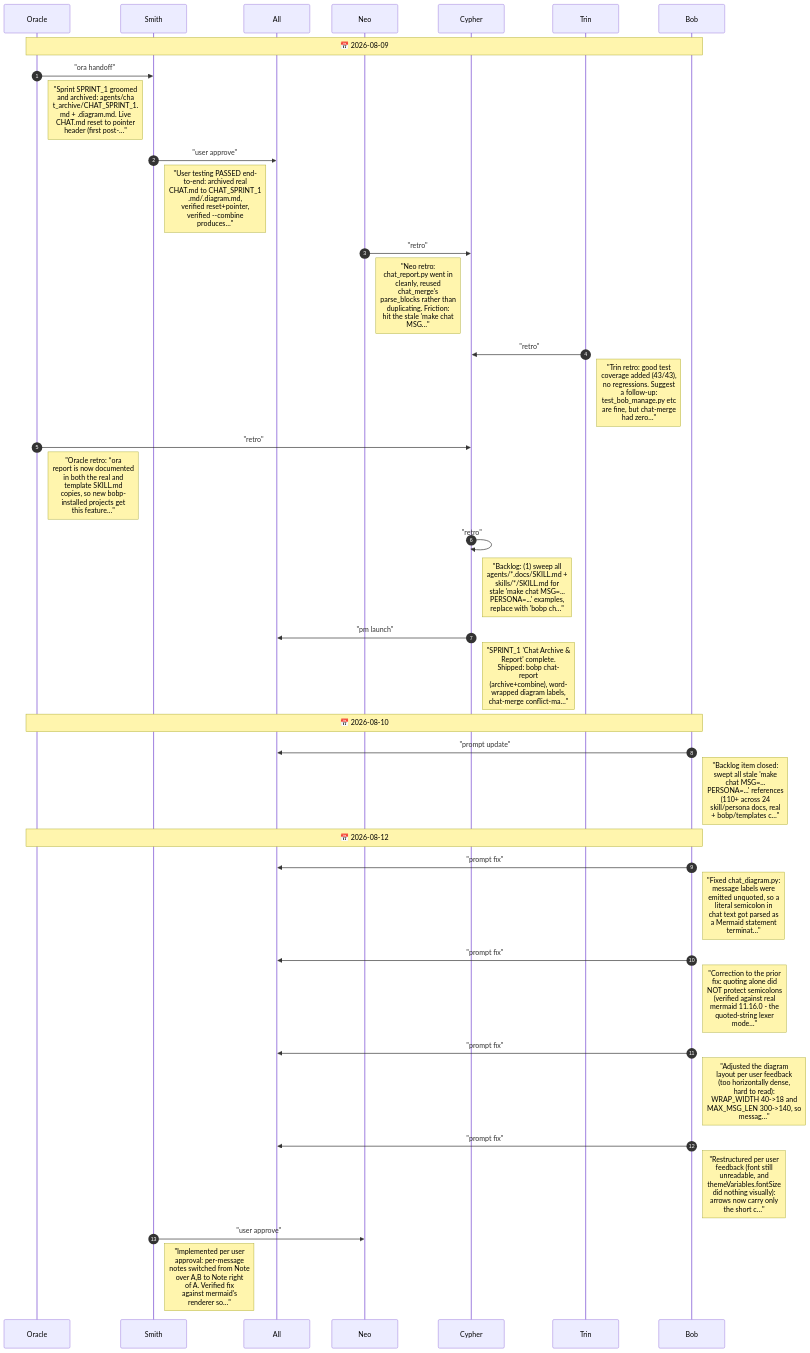
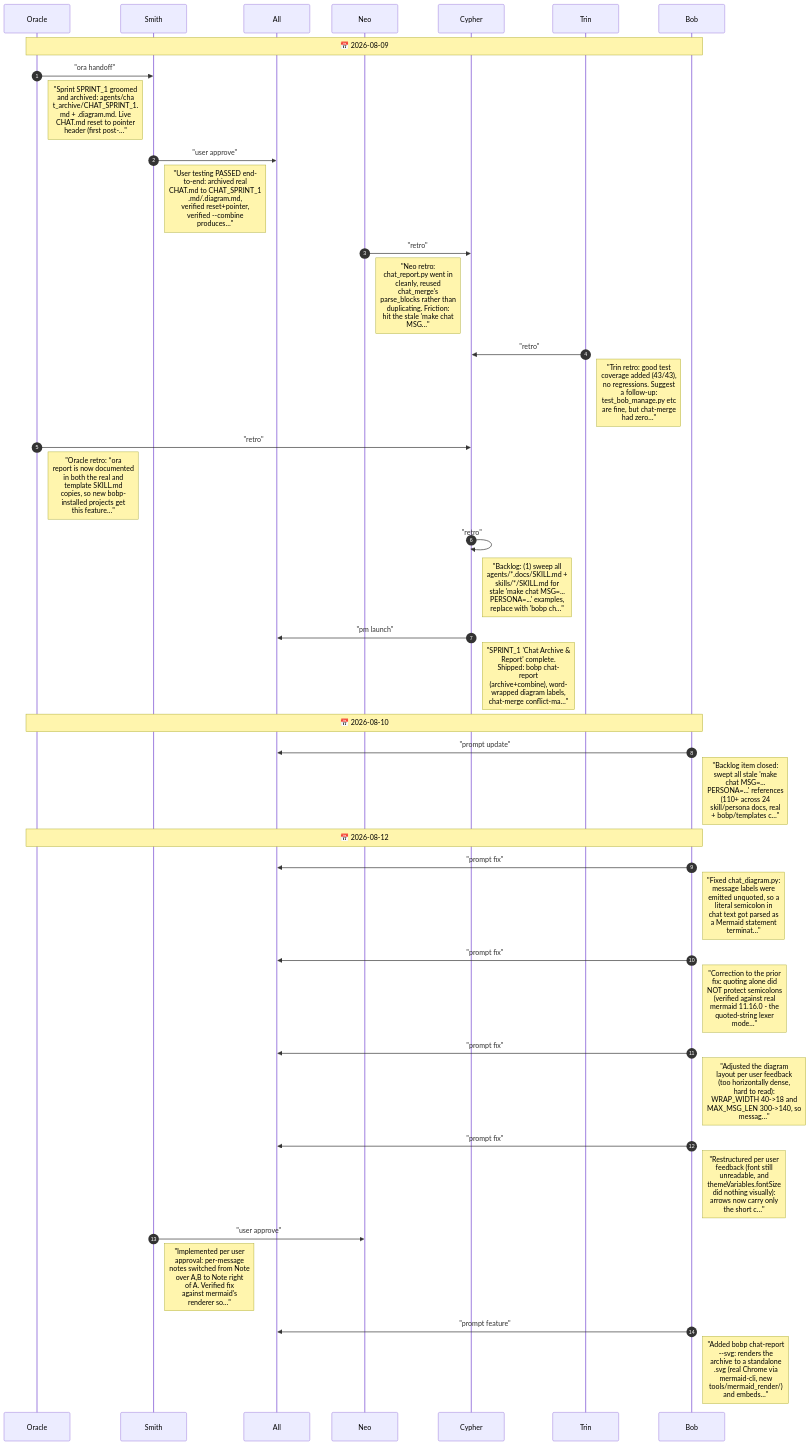
One commit to drusifer/bob_protocol changed the diagram in agents/CHAT.diagram.md. Above: the diagram before and after it, drawn with Mermaid. The commit also changed 6 other files, not shown here.

````diff
--- a/agents/CHAT.diagram.md
+++ b/agents/CHAT.diagram.md
@@ -5,41 +5,43 @@
 ```mermaid
 %%{init: {"sequence": {"messageFontSize": 14, "noteFontSize": 18, "actorFontSize": 14}}}%%
 sequenceDiagram
     autonumber
     participant Oracle
     participant Smith
     participant All
     participant Neo
     participant Cypher
     participant Trin
     participant Bob
     Note over Oracle,Bob: 📅 2026-08-09
     Oracle->>Smith: "ora handoff"
     Note right of Oracle: "Sprint SPRINT_1 groomed<br/>and archived: agents/cha<br/>t_archive/CHAT_SPRINT_1.<br/>md + .diagram.md. Live<br/>CHAT.md reset to pointer<br/>header (first post-…"
     Smith->>All: "user approve"
     Note right of Smith: "User testing PASSED end-<br/>to-end: archived real<br/>CHAT.md to CHAT_SPRINT_1<br/>.md/.diagram.md,<br/>verified reset+pointer,<br/>verified --combine<br/>produces…"
     Neo->>Cypher: "retro"
     Note right of Neo: "Neo retro:<br/>chat_report.py went in<br/>cleanly, reused<br/>chat_merge's<br/>parse_blocks rather than<br/>duplicating. Friction:<br/>hit the stale 'make chat<br/>MSG…"
     Trin->>Cypher: "retro"
     Note right of Trin: "Trin retro: good test<br/>coverage added (43/43),<br/>no regressions. Suggest<br/>a follow-up:<br/>test_bob_manage.py etc<br/>are fine, but chat-merge<br/>had zero…"
     Oracle->>Cypher: "retro"
     Note right of Oracle: "Oracle retro: *ora<br/>report is now documented<br/>in both the real and<br/>template SKILL.md<br/>copies, so new bobp-<br/>installed projects get<br/>this feature…"
     Cypher->>Cypher: "retro"
     Note right of Cypher: "Backlog: (1) sweep all<br/>agents/*.docs/SKILL.md +<br/>skills/*/SKILL.md for<br/>stale 'make chat MSG=...<br/>PERSONA=...' examples,<br/>replace with 'bobp ch…"
     Cypher->>All: "pm launch"
     Note right of Cypher: "SPRINT_1 'Chat Archive &<br/>Report' complete.<br/>Shipped: bobp chat-<br/>report<br/>(archive+combine), word-<br/>wrapped diagram labels,<br/>chat-merge conflict-ma…"
     Note over Oracle,Bob: 📅 2026-08-10
     Bob->>All: "prompt update"
     Note right of Bob: "Backlog item closed:<br/>swept all stale 'make<br/>chat MSG=...<br/>PERSONA=...' references<br/>(110+ across 24<br/>skill/persona docs, real<br/>+ bobp/templates c…"
     Note over Oracle,Bob: 📅 2026-08-12
     Bob->>All: "prompt fix"
     Note right of Bob: "Fixed chat_diagram.py:<br/>message labels were<br/>emitted unquoted, so a<br/>literal semicolon in<br/>chat text got parsed as<br/>a Mermaid statement<br/>terminat…"
     Bob->>All: "prompt fix"
     Note right of Bob: "Correction to the prior<br/>fix: quoting alone did<br/>NOT protect semicolons<br/>(verified against real<br/>mermaid 11.16.0 - the<br/>quoted-string lexer<br/>mode…"
     Bob->>All: "prompt fix"
     Note right of Bob: "Adjusted the diagram<br/>layout per user feedback<br/>(too horizontally dense,<br/>hard to read):<br/>WRAP_WIDTH 40->18 and<br/>MAX_MSG_LEN 300->140, so<br/>messag…"
     Bob->>All: "prompt fix"
     Note right of Bob: "Restructured per user<br/>feedback (font still<br/>unreadable, and<br/>themeVariables.fontSize<br/>did nothing visually):<br/>arrows now carry only<br/>the short c…"
     Smith->>Neo: "user approve"
     Note right of Smith: "Implemented per user<br/>approval: per-message<br/>notes switched from Note<br/>over A,B to Note right<br/>of A. Verified fix<br/>against mermaid's<br/>renderer so…"
+    Bob->>All: "prompt feature"
+    Note right of Bob: "Added bobp chat-report<br/>--svg: renders the<br/>archive to a standalone<br/>.svg (real Chrome via<br/>mermaid-cli, new<br/>tools/mermaid_render/)<br/>and embeds…"
 ```
````
